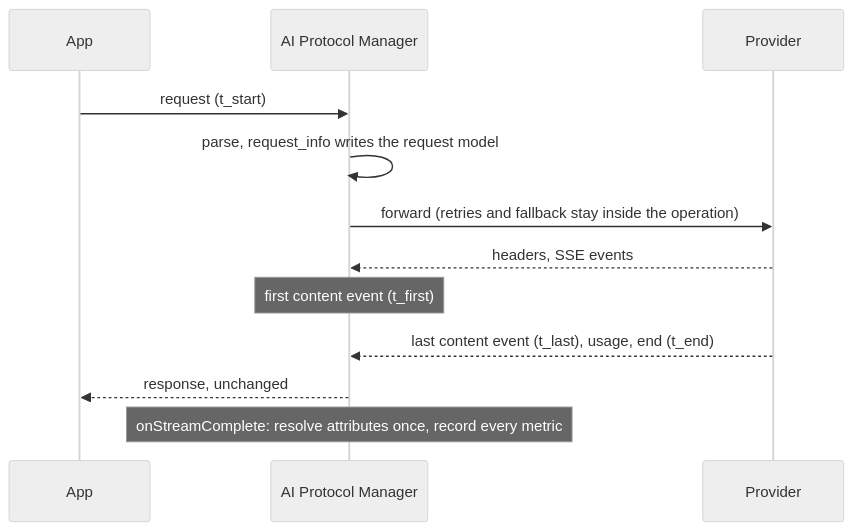
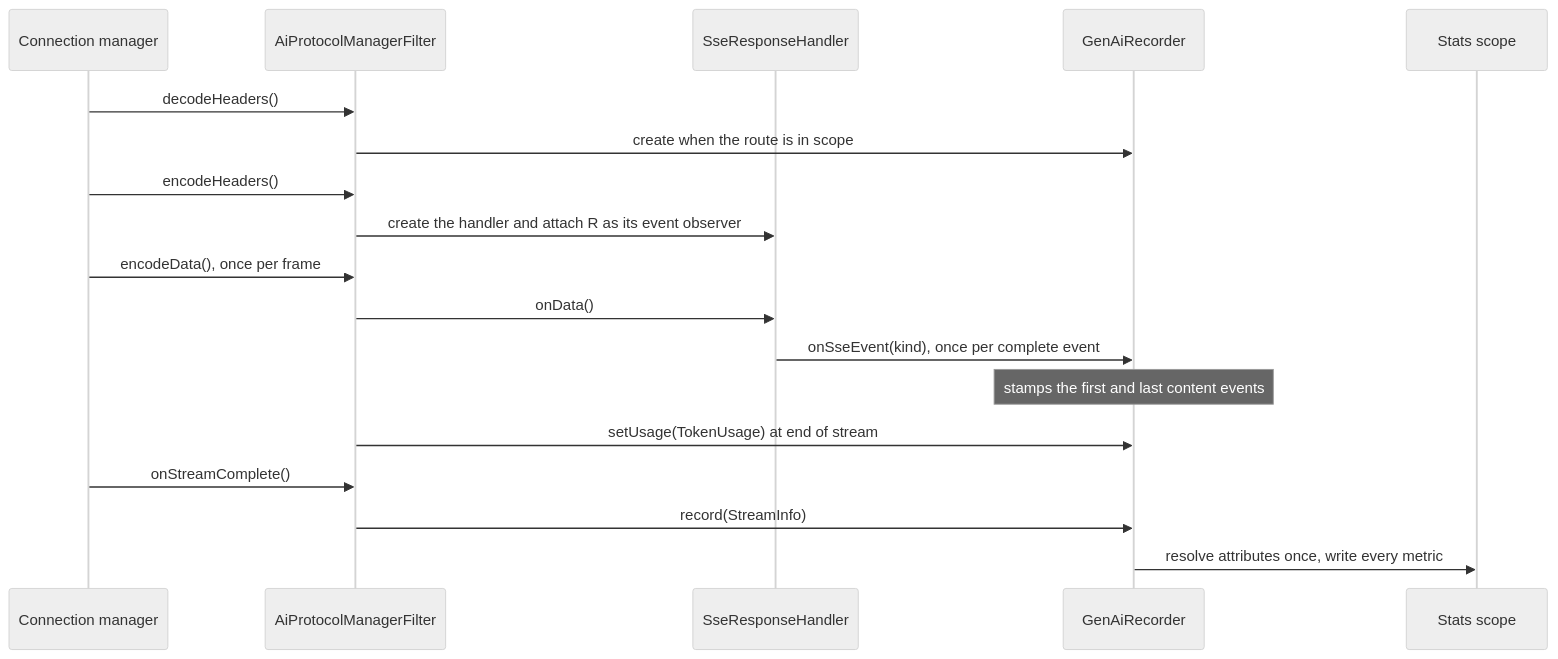
Before and after one commit to botengyao/envoy: the second of 4 diagrams in source/docs/ai_gen_ai_semconv.md, drawn with Mermaid (neutral theme). The commit also changed other lines of this file, not shown here.

Commit message:
ai_protocol_manager: simplify GenAI metrics plan and map it to code

````diff
--- a/source/docs/ai_gen_ai_semconv.md
+++ b/source/docs/ai_gen_ai_semconv.md
@@ -281,14 +126,20 @@
 ```mermaid
 sequenceDiagram
-  participant App
-  participant APM as AI Protocol Manager
-  participant Prov as Provider
-  App->>APM: request (t_start)
-  APM->>APM: parse, request_info writes the request model
-  APM->>Prov: forward (retries and fallback stay inside the operation)
-  Prov-->>APM: headers, SSE events
-  Note over APM: first content event (t_first)
-  Prov-->>APM: last content event (t_last), usage, end (t_end)
-  APM-->>App: response, unchanged
-  Note over APM: onStreamComplete: resolve attributes once, record every metric
+  participant HCM as Connection manager
+  participant F as AiProtocolManagerFilter
+  participant H as SseResponseHandler
+  participant R as GenAiRecorder
+  participant S as Stats scope
+  HCM->>F: decodeHeaders()
+  F->>R: create when the route is in scope
+  HCM->>F: encodeHeaders()
+  F->>H: create the handler and attach R as its event observer
+  HCM->>F: encodeData(), once per frame
+  F->>H: onData()
+  H->>R: onSseEvent(kind), once per complete event
+  Note over R: stamps the first and last content events
+  F->>R: setUsage(TokenUsage) at end of stream
+  HCM->>F: onStreamComplete()
+  F->>R: record(StreamInfo)
+  R->>S: resolve attributes once, write every metric
 ```
````
